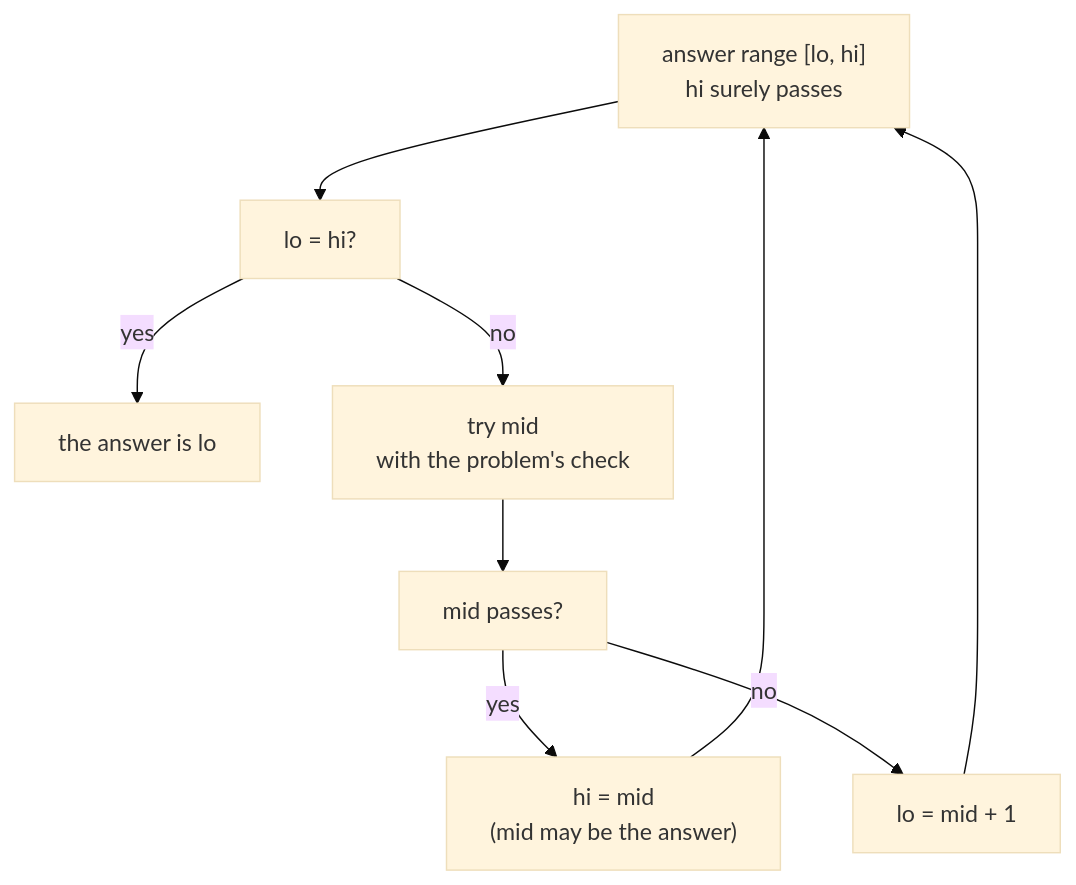
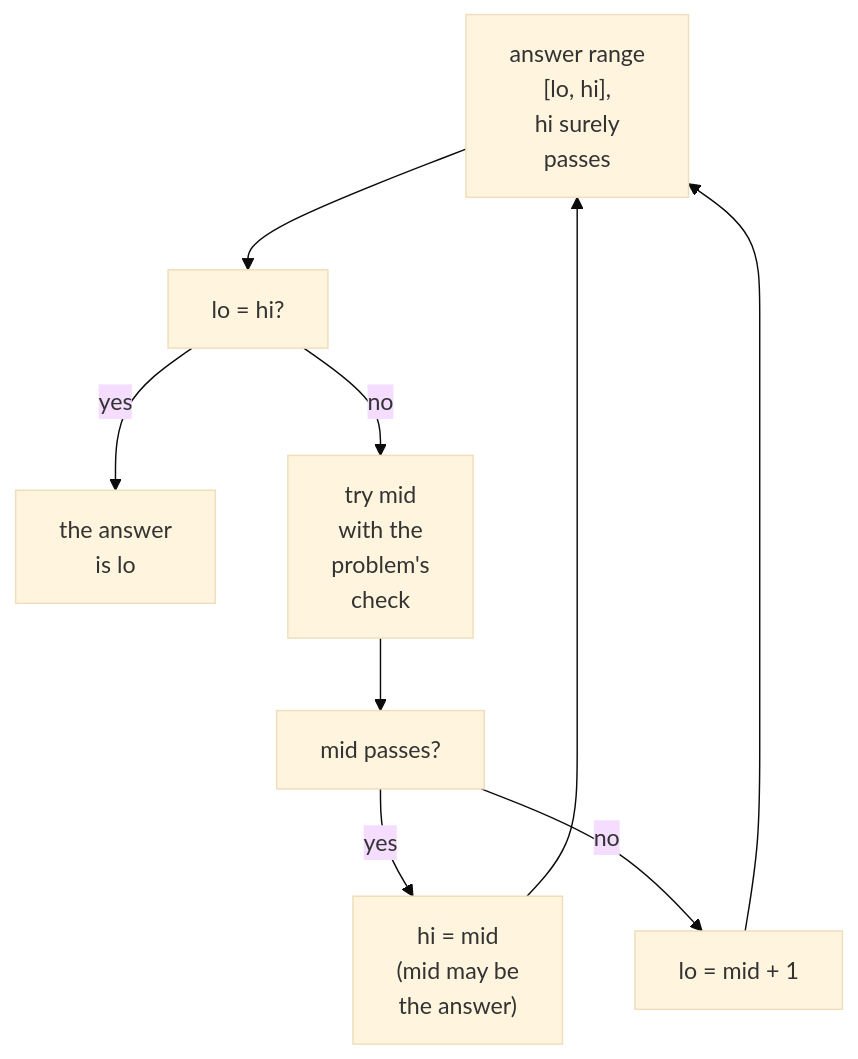
One commit to duongbui234/software-engineering-atlas changed the diagram in content/en/posts/2026-11-23-neetcode-binary-search-answer.md. Above: the diagram before and after it, drawn with Mermaid (base theme). The commit also changed 134 other files, not shown here.

First line of the commit message:
Fit every Mermaid diagram at 390px without sideways scroll (#56)

````diff
--- a/content/en/posts/2026-11-23-neetcode-binary-search-answer.md
+++ b/content/en/posts/2026-11-23-neetcode-binary-search-answer.md
@@ -46,11 +46,11 @@
 ```mermaid
 flowchart TB
-  A["answer range [lo, hi]<br/>hi surely passes"] --> B["lo = hi?"]
-  B -->|"yes"| X["the answer is lo"]
-  B -->|"no"| C["try mid<br/>with the problem's check"]
+  A["answer range<br/>[lo, hi],<br/>hi surely<br/>passes"] --> B["lo = hi?"]
+  B -->|"yes"| X["the answer<br/>is lo"]
+  B -->|"no"| C["try mid<br/>with the<br/>problem's<br/>check"]
   C --> D["mid passes?"]
-  D -->|"yes"| E["hi = mid<br/>(mid may be the answer)"]
+  D -->|"yes"| E["hi = mid<br/>(mid may be<br/>the answer)"]
   D -->|"no"| F["lo = mid + 1"]
   E --> A
   F --> A
 ```
````
